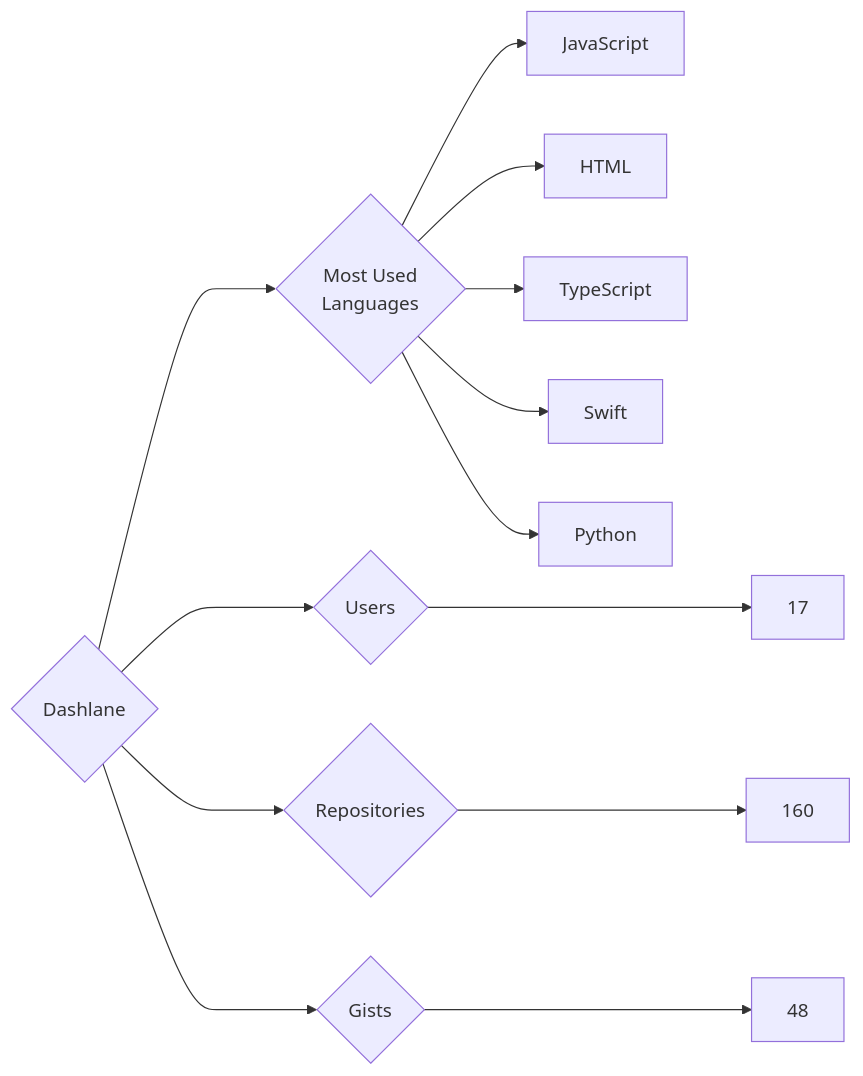
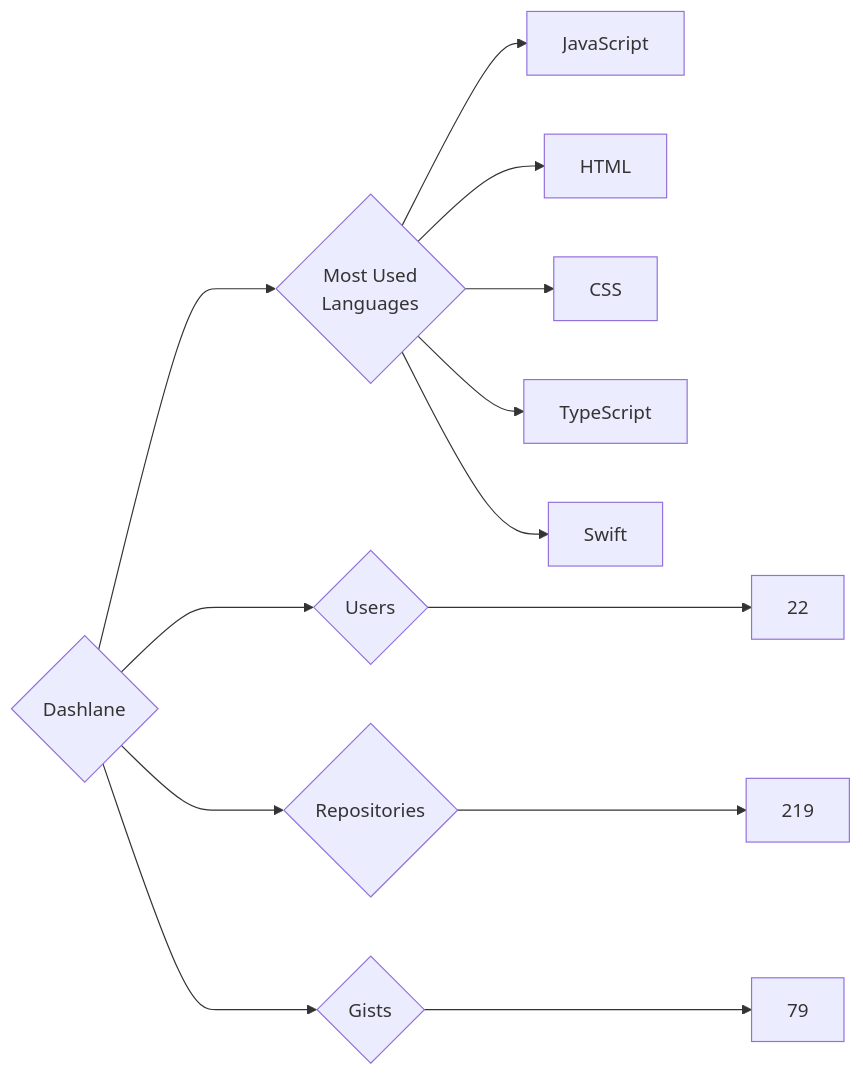
The diagram in targets/Dashlane/README.md (trickest/insiders), drawn with Mermaid before and after one commit. The commit also changed 752 other files, not shown here.

````diff
--- a/targets/Dashlane/README.md
+++ b/targets/Dashlane/README.md
@@ -3,13 +3,13 @@
 ```mermaid
 graph LR
 COMPANY_NAME{Dashlane}
-COMPANY_NAME ---> U{Users} ---> UN[17]
-COMPANY_NAME ---> R{Repositories} ---> RN[160]
-COMPANY_NAME ---> G{Gists} ---> GN[48]
+COMPANY_NAME ---> U{Users} ---> UN[22]
+COMPANY_NAME ---> R{Repositories} ---> RN[219]
+COMPANY_NAME ---> G{Gists} ---> GN[79]
 COMPANY_NAME ---> ML{Most Used<br>Languages}
 ML --> JavaScript[JavaScript]
 ML --> HTML[HTML]
+ML --> CSS[CSS]
 ML --> TypeScript[TypeScript]
 ML --> Swift[Swift]
-ML --> Python[Python]
 ```
````
